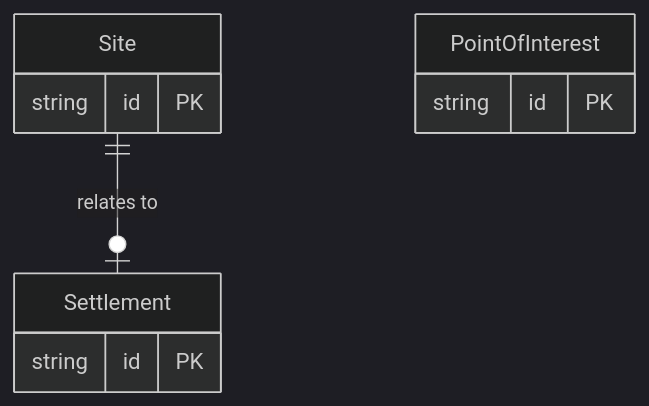
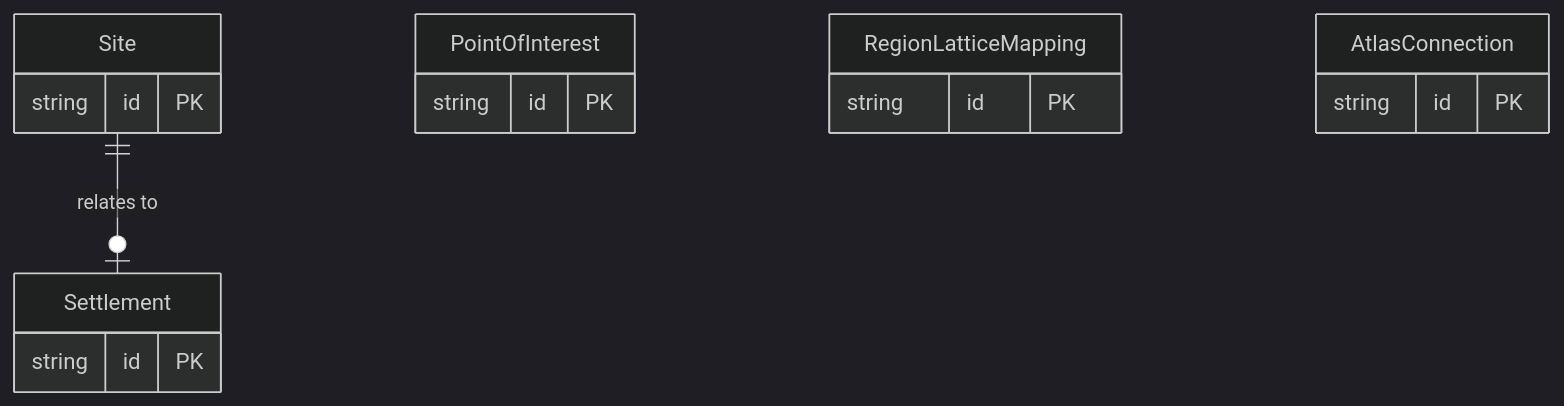
One commit to bkalaf/echoes-of-eidolon changed the diagram in docs/architecture/mermaid/entity/e15-atlas-geography.mmd. Above: the diagram before and after it, drawn with Mermaid (dark theme). The commit also changed 31 other files, not shown here.

Commit message:
feat: separate atlas region and lattice authority

```diff
--- a/docs/architecture/mermaid/entity/e15-atlas-geography.mmd
+++ b/docs/architecture/mermaid/entity/e15-atlas-geography.mmd
@@ -1,12 +1,18 @@
 %% Atlas geography
 erDiagram
   Site {
     string id PK
   }
   PointOfInterest {
     string id PK
   }
   Settlement {
     string id PK
   }
+  RegionLatticeMapping {
+    string id PK
+  }
+  AtlasConnection {
+    string id PK
+  }
   Site ||--o| Settlement : "relates to"
```
